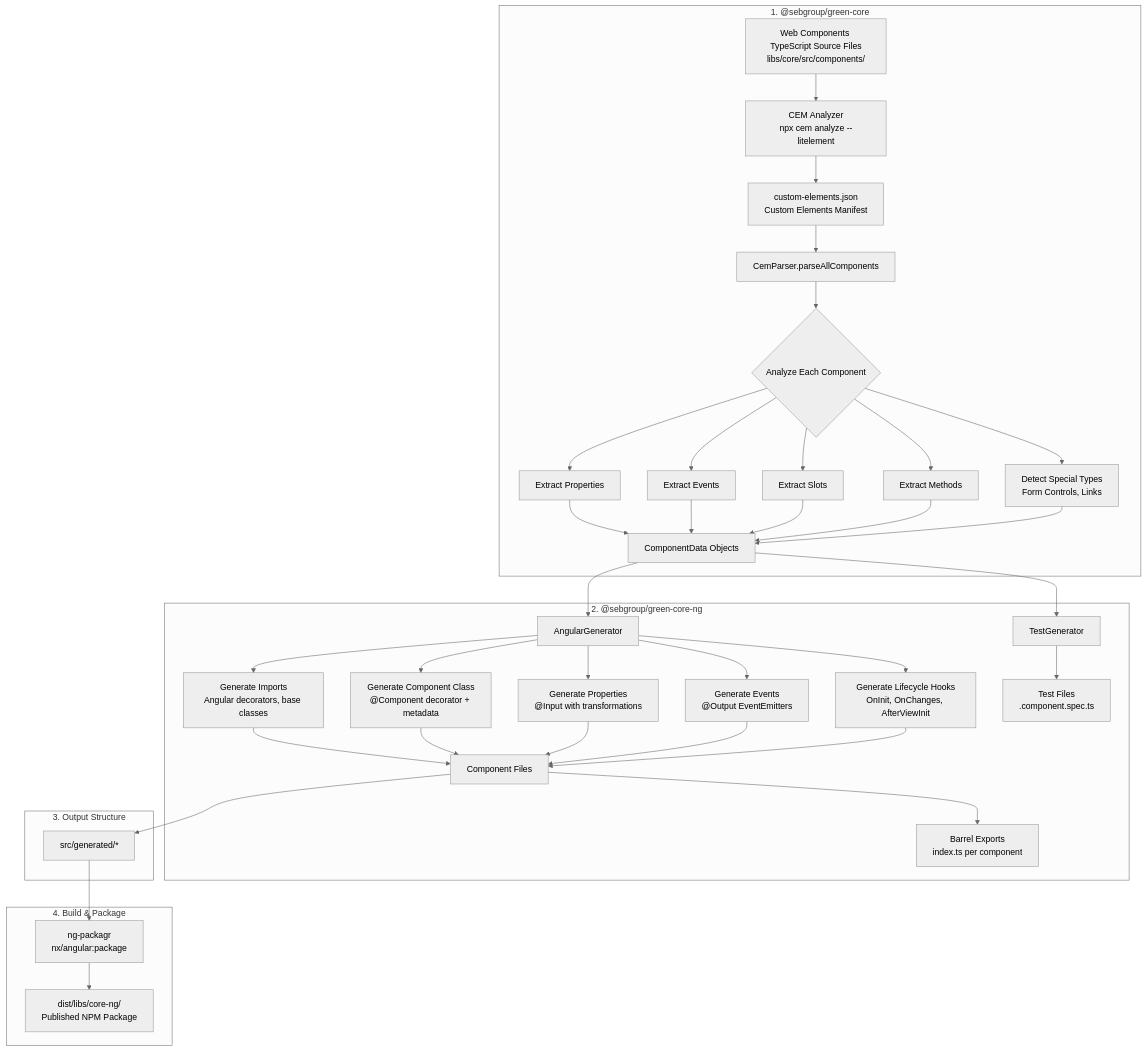
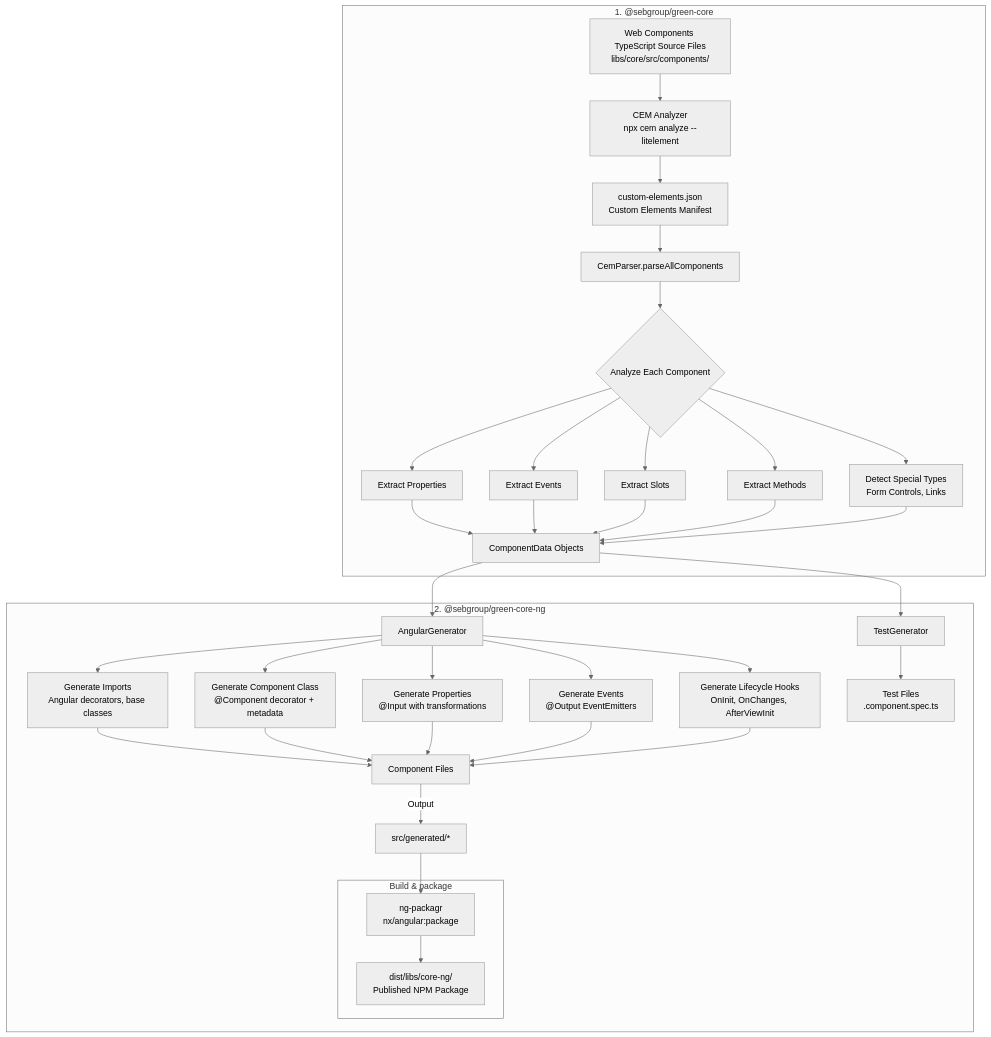
Before and after one commit to seb-oss/green: the diagram in libs/core-ng/README.md, drawn with Mermaid (neutral theme).

````diff
--- a/libs/core-ng/README.md
+++ b/libs/core-ng/README.md
@@ -89,42 +89,39 @@
 ```mermaid
 graph TB
     subgraph "1. @sebgroup/green-core"
         A[Web Components TypeScript Source Files<br/>libs/core/src/components/]
         A --> B[CEM Analyzer<br/>npx cem analyze --litelement]
         B --> C[custom-elements.json<br/>Custom Elements Manifest]
         C --> D[CemParser.parseAllComponents]
         D --> E{Analyze Each Component}
         E --> F[Extract Properties]
         E --> G[Extract Events]
         E --> H[Extract Slots]
         E --> I[Extract Methods]
         E --> J[Detect Special Types<br/>Form Controls, Links]
         F & G & H & I & J --> K[ComponentData Objects]
     end
     
     subgraph "2. @sebgroup/green-core-ng"
         K --> L[AngularGenerator]
         L --> M[Generate Imports<br/>Angular decorators, base classes]
         L --> N[Generate Component Class<br/>@Component decorator + metadata]
         L --> O[Generate Properties<br/>@Input with transformations]
         L --> P[Generate Events<br/>@Output EventEmitters]
         L --> Q[Generate Lifecycle Hooks<br/>OnInit, OnChanges, AfterViewInit]
         M & N & O & P & Q --> R[Component Files]
         
         K --> S[TestGenerator]
         S --> T[Test Files<br/>.component.spec.ts]
-        
-        R --> U[Barrel Exports<br/>index.ts per component]
-    end
-    
-    subgraph "3. Output Structure"
-        R --> V["src/generated/*"]
-    end
-    
-    subgraph "4. Build & Package"
-        V --> W["ng-packagr<br/>nx/angular:package"]
-        W --> X["dist/libs/core-ng/<br/>Published NPM Package"]
+
+        R --Output--> V["src/generated/*"]
+      
+          V --> W["ng-packagr<br/>nx/angular:package"]
+        subgraph "Build & package"
+          W --> X["dist/libs/core-ng/<br/>Published NPM Package"]
+        end
+
     end
 
     class B,D,L,S,W process
 ```
````
